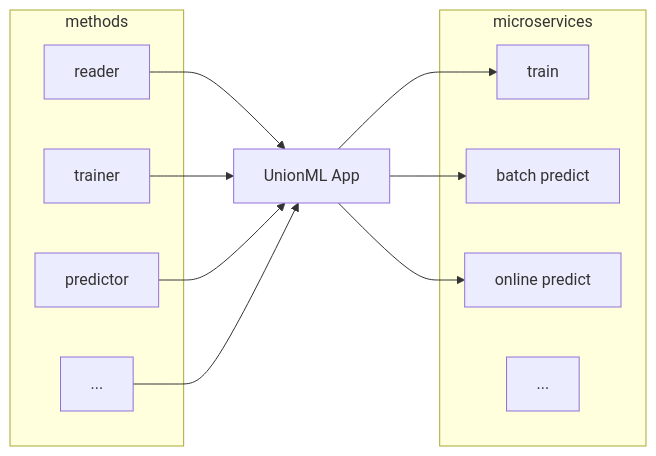
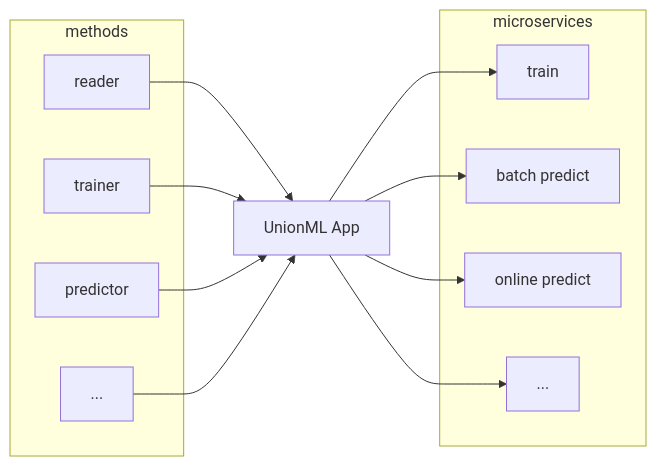
One commit to unionai-oss/unionml changed the diagram in docs/source/index.md. Above: the diagram before and after it, drawn with Mermaid.

Commit message:
fix mermaid diagram

````diff
--- a/docs/source/index.md
+++ b/docs/source/index.md
@@ -71,32 +71,33 @@
 ```{mermaid}
    :align: center
 
    %%{init: {'theme':'default'}}%%
 
    flowchart LR
 
       A[UnionML App]
 
       subgraph methods
       Rm[reader]
       Tm[trainer]
       Pm[predictor]
       Em[...]
       end
 
       subgraph microservices
       T[train]
       Pb[batch predict]
       Po[online predict]
       E[...]
       end
 
       Rm --> A
       Tm --> A
       Pm --> A
       Em --> A
 
       A --> T
       A --> Pb
       A --> Po
+      A --> E
 ```
````
